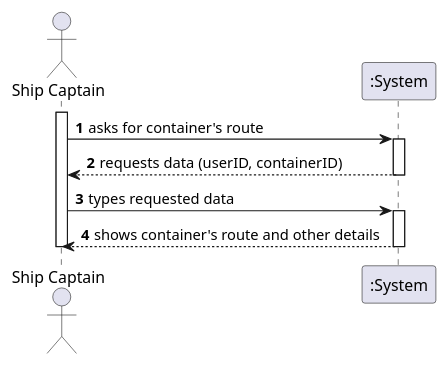
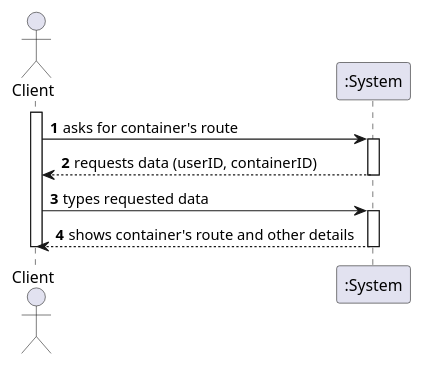
The diagram in docs/Sprint 3/US/US305/US305_SSD.puml (1190772/LAB-Project-3), drawn with PlantUML before and after one commit. The commit also changed 5 other files, not shown here.

```diff
--- a/docs/Sprint 3/US/US305/US305_SSD.puml
+++ b/docs/Sprint 3/US/US305/US305_SSD.puml
@@ -1,23 +1,23 @@
 @startuml
 'https://plantuml.com/sequence-diagram
 
 autonumber
 
-actor "Ship Captain" as SP
+actor "Client" as C
 
-activate SP
-SP -> ":System" : asks for container's route
+activate C
+C -> ":System" : asks for container's route
 
 activate ":System"
-":System" --> "SP" : requests data (userID, containerID)
+":System" --> "C" : requests data (userID, containerID)
 deactivate ":System"
 
-SP -> ":System" : types requested data
+C -> ":System" : types requested data
 
 activate ":System"
-":System" --> SP : shows container's route and other details
+":System" --> C : shows container's route and other details
 deactivate ":System"
 
-deactivate SP
+deactivate C
 
 @enduml
```
